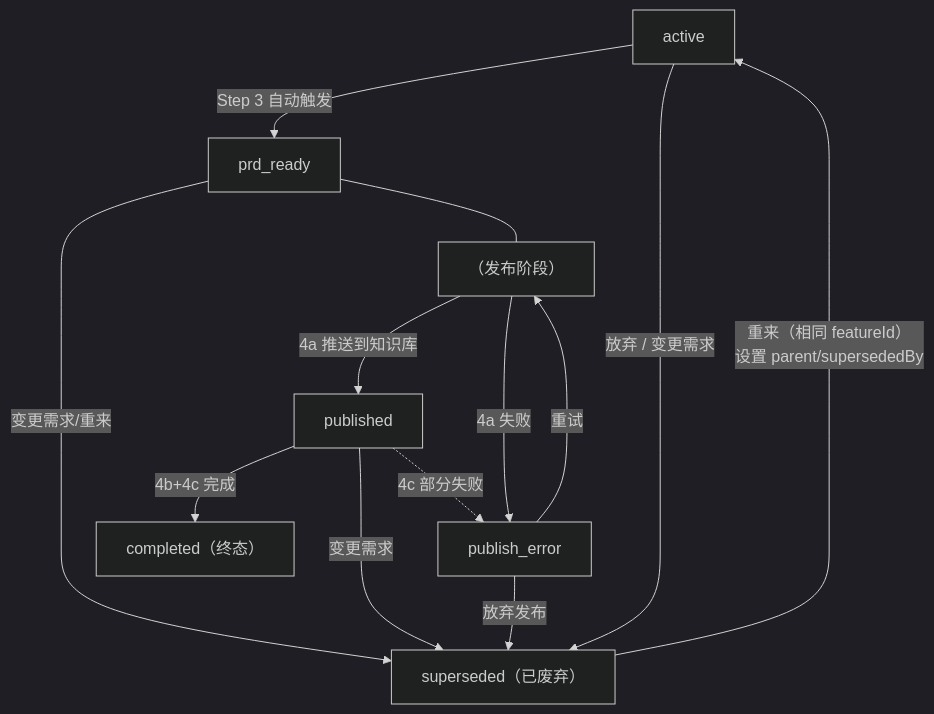
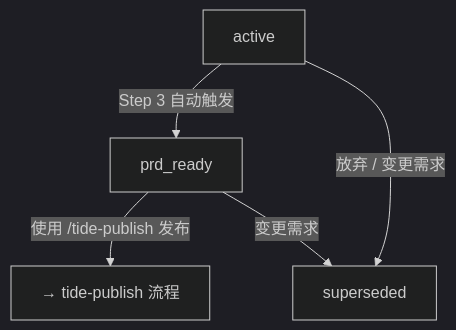
The diagram in .claude/skills/tide-discuss/references/data-format.md (billkang/oceanus), drawn with Mermaid (dark theme) before and after one commit. The commit also changed other lines of this file and 87 other files, not shown here.

````diff
--- a/.claude/skills/tide-discuss/references/data-format.md
+++ b/.claude/skills/tide-discuss/references/data-format.md
@@ -175,21 +129,7 @@
 ```mermaid
 flowchart TD
     ACTIVE["active"] -->|"Step 3 自动触发"| PRD_READY["prd_ready"]
-    ACTIVE -->|"放弃 / 变更需求"| SUPERSEDED["superseded（已废弃）"]
-
-    PRD_READY -->|"变更需求/重来"| SUPERSEDED
-
-    PRD_READY --- PUB_WAIT["（发布阶段）"]
-    PUB_WAIT -->|"4a 推送到知识库"| PUBLISHED["published"]
-    PUB_WAIT -->|"4a 失败"| PUB_ERR["publish_error"]
-
-    PUBLISHED -->|"4b+4c 完成"| COMPLETED["completed（终态）"]
-    PUBLISHED -->|"变更需求"| SUPERSEDED
-    PUBLISHED -.->|"4c 部分失败"| PUB_ERR
-
-    PUB_ERR -->|"重试"| PUB_WAIT
-    PUB_ERR -->|"放弃发布"| SUPERSEDED
-
-    SUPERSEDED -->|"重来（相同 featureId）<br/>设置 parent/supersededBy"| ACTIVE
-
+    ACTIVE -->|"放弃 / 变更需求"| SUPERSEDED["superseded"]
+    PRD_READY -->|"使用 /tide-publish 发布"| PUB["→ tide-publish 流程"]
+    PRD_READY -->|"变更需求"| SUPERSEDED
 ```
````
